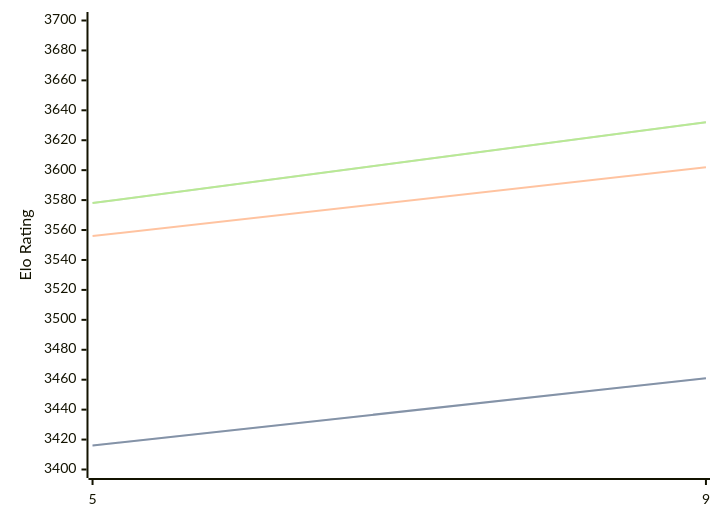
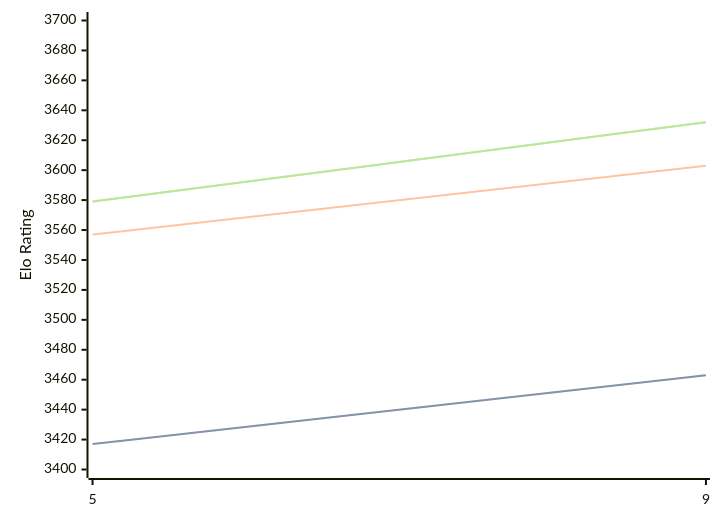
Before and after one commit to computer-chess-index/cci: the diagram in engines/Crystal.md, drawn with Mermaid. The commit also changed other lines of this file, not shown here.

Commit message:
Update CCI Ratings (ELO VLTC) - 2026-04-19

````diff
--- a/engines/Crystal.md
+++ b/engines/Crystal.md
@@ -60,11 +60,11 @@
 ```mermaid
 %%{init: {"theme":"base","themeVariables":{"seriesColors:['#a3a3a3','#222221','#faa371']}}}%%
 xychart-beta
   x-axis ["5", "9"]
   y-axis "Elo Rating" 3400 --> 3700
-  line "STC (8.0+0.08s)" [3416, 3461]
-  line "STC (8.0+0.08s)" [3416, 3461]
-  line "LTC (60.0+0.60s)" [3556, 3602]
-  line "VLTC (2m24s+1.12s)" [3578, 3632]
-  line "VLTC (2m24s+1.12s)" [3578, 3632]
+  line "STC (8.0+0.08s)" [3417, 3463]
+  line "STC (8.0+0.08s)" [3417, 3463]
+  line "LTC (60.0+0.60s)" [3557, 3603]
+  line "VLTC (2m24s+1.12s)" [3579, 3632]
+  line "VLTC (2m24s+1.12s)" [3579, 3632]
 ```
````
